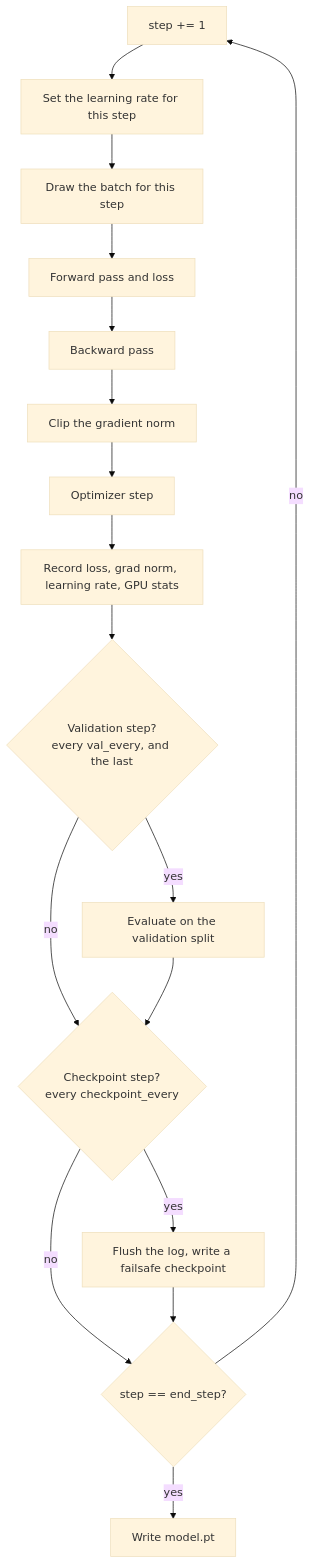
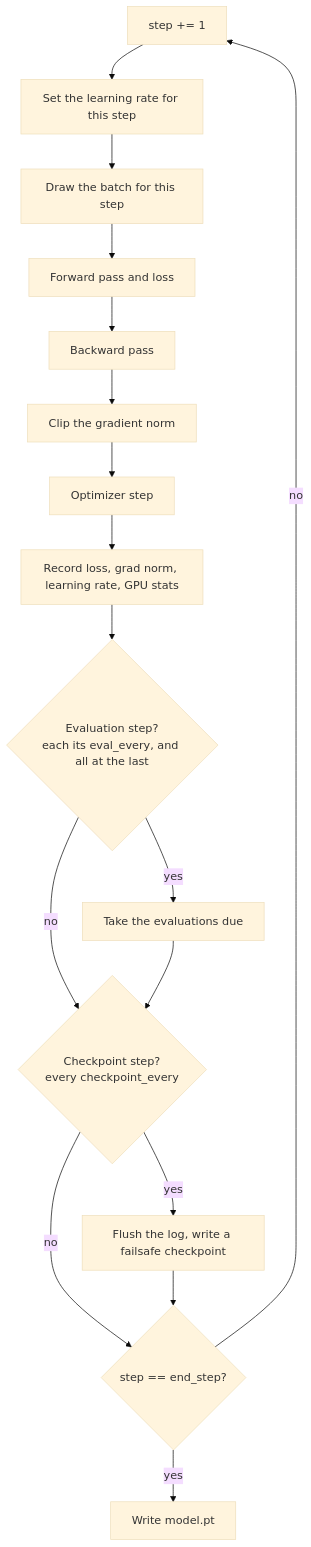
Before and after one commit to ocanphys/launchpad: the third of 4 diagrams in docs/training.md, drawn with Mermaid (base theme). The commit also changed other lines of this file and 34 other files, not shown here.

````diff
--- a/docs/training.md
+++ b/docs/training.md
@@ -187,19 +191,19 @@
 ```mermaid
 flowchart TD
   A["step += 1"] --> B["Set the learning rate for this step"]
   B --> C["Draw the batch for this step"]
   C --> D["Forward pass and loss"]
   D --> E["Backward pass"]
   E --> G["Clip the gradient norm"]
   G --> H["Optimizer step"]
   H --> I["Record loss, grad norm, learning rate, GPU stats"]
-  I --> V{"Validation step?<br/>every val_every, and the last"}
-  V -->|yes| EV["Evaluate on the validation split"]
+  I --> V{"Evaluation step?<br/>each its eval_every, and all at the last"}
+  V -->|yes| EV["Take the evaluations due"]
   V -->|no| K
   EV --> K{"Checkpoint step?<br/>every checkpoint_every"}
   K -->|yes| FS["Flush the log, write a failsafe checkpoint"]
   K -->|no| N{"step == end_step?"}
   FS --> N
   N -->|no| A
   N -->|yes| M["Write model.pt"]
 ```
````
